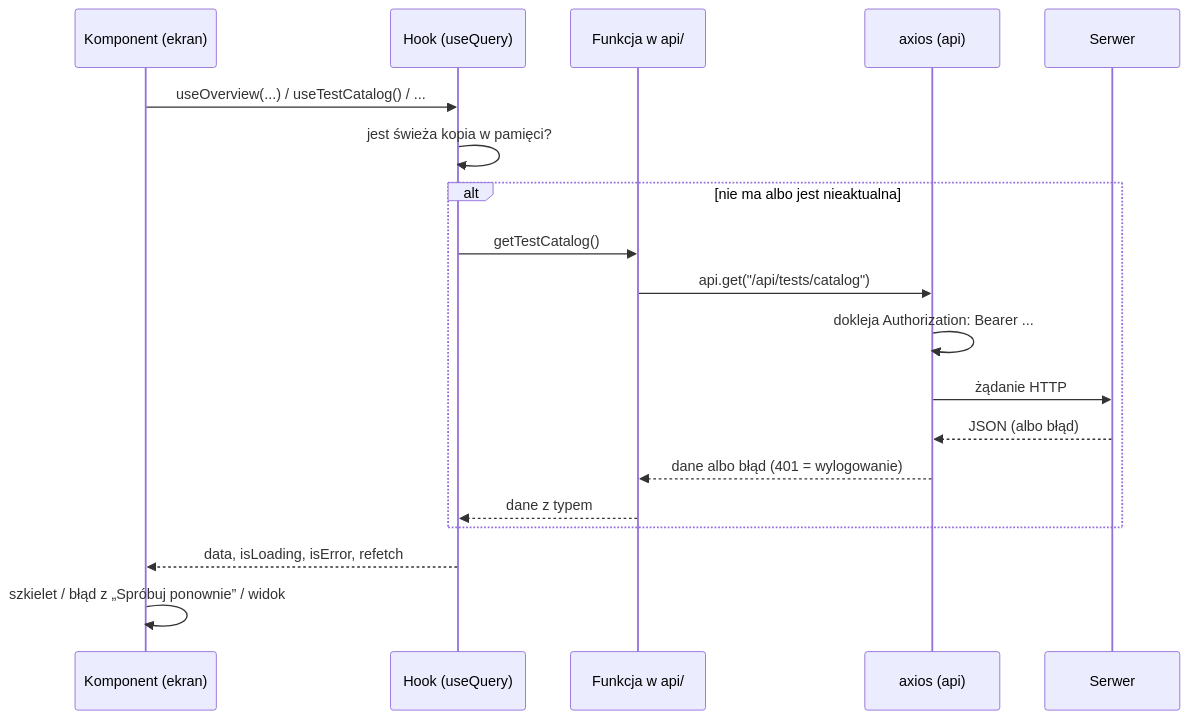
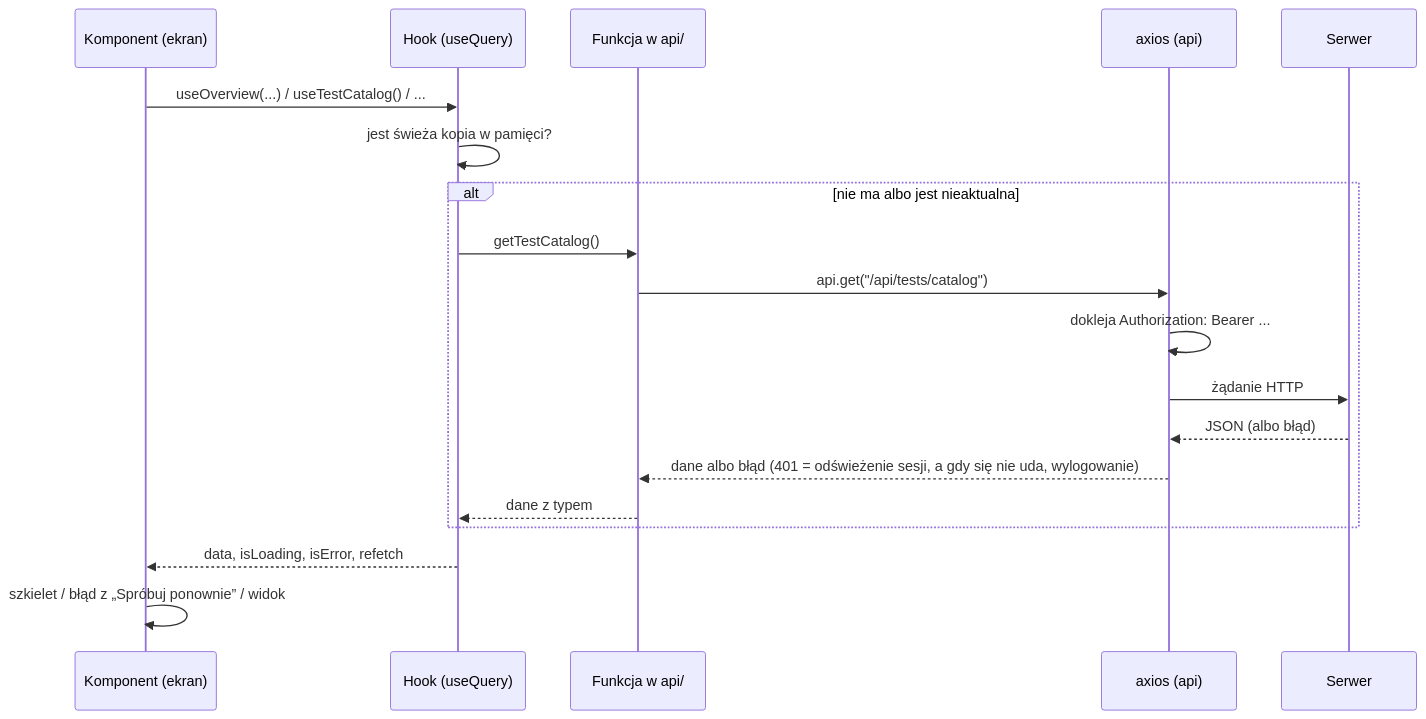
The second of 2 diagrams in docs/01-architektura.md (YellowHand/tutlaw-frontend), drawn with Mermaid before and after one commit. The commit also changed other lines of this file and 57 other files, not shown here.

````diff
--- a/docs/01-architektura.md
+++ b/docs/01-architektura.md
@@ -117,21 +119,21 @@
 ```mermaid
 sequenceDiagram
     participant K as Komponent (ekran)
     participant H as Hook (useQuery)
     participant F as Funkcja w api/
     participant X as axios (api)
     participant S as Serwer
     K->>H: useOverview(...) / useTestCatalog() / ...
     H->>H: jest świeża kopia w pamięci?
     alt nie ma albo jest nieaktualna
         H->>F: getTestCatalog()
         F->>X: api.get("/api/tests/catalog")
         X->>X: dokleja Authorization: Bearer ...
         X->>S: żądanie HTTP
         S-->>X: JSON (albo błąd)
-        X-->>F: dane albo błąd (401 = wylogowanie)
+        X-->>F: dane albo błąd (401 = odświeżenie sesji, a gdy się nie uda, wylogowanie)
         F-->>H: dane z typem
     end
     H-->>K: data, isLoading, isError, refetch
     K->>K: szkielet / błąd z „Spróbuj ponownie” / widok
 ```
````
